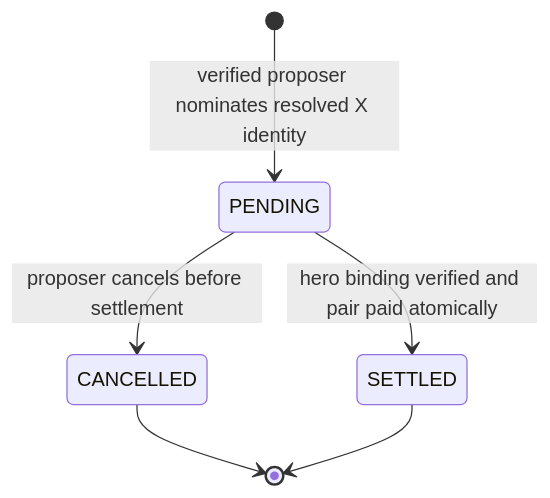
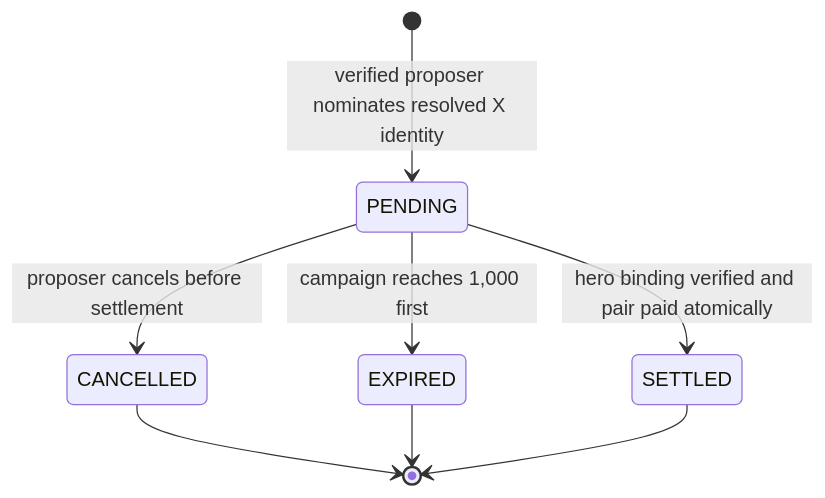
Before and after one commit to InternalAgencyIO/InternalAgency: the second of 2 diagrams in proposals/iat-promotions-dlc/PLAN.md, drawn with Mermaid. The commit also changed other lines of this file and 8 other files, not shown here.

````diff
--- a/proposals/iat-promotions-dlc/PLAN.md
+++ b/proposals/iat-promotions-dlc/PLAN.md
@@ -174,8 +174,10 @@
 ```mermaid
 stateDiagram-v2
     [*] --> PENDING: verified proposer nominates resolved X identity
     PENDING --> CANCELLED: proposer cancels before settlement
+    PENDING --> EXPIRED: campaign reaches 1,000 first
     PENDING --> SETTLED: hero binding verified and pair paid atomically
     CANCELLED --> [*]
+    EXPIRED --> [*]
     SETTLED --> [*]
 ```
````
